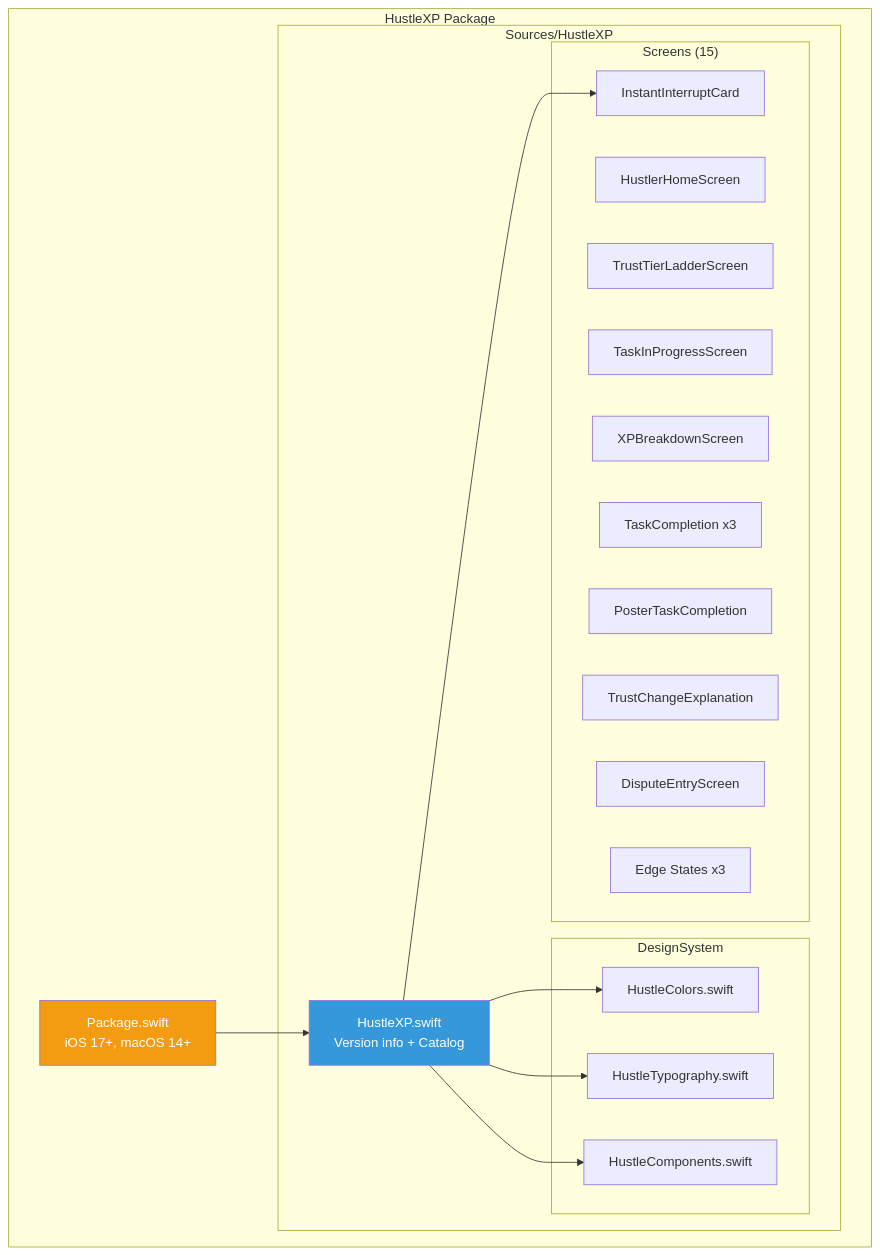
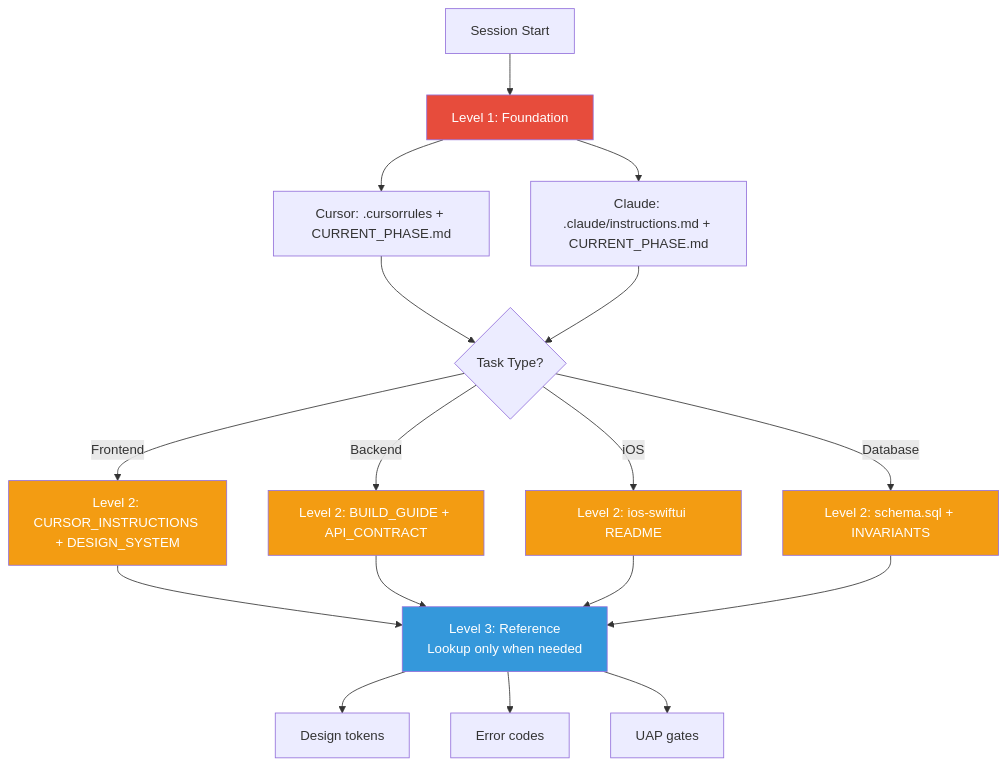
Diagram 11 of 11 in ARCHITECTURE_DIAGRAMS.md (Sebdysart/HUSTLEXP-DOCS), drawn with Mermaid before and after one commit. The commit also changed other lines of this file and 7 other files, not shown here.

````diff
--- a/ARCHITECTURE_DIAGRAMS.md
+++ b/ARCHITECTURE_DIAGRAMS.md
@@ -384,38 +396,31 @@
 ```mermaid
 flowchart TD
-    subgraph "HustleXP Package"
-        PKG[Package.swift<br/>iOS 17+, macOS 14+]
+    START[Session Start] --> L1[Level 1: Foundation]
 
-        subgraph "Sources/HustleXP"
-            MAIN[HustleXP.swift<br/>Version info + Catalog]
+    L1 --> CURSOR_L1[Cursor: .cursorrules + CURRENT_PHASE.md]
+    L1 --> CLAUDE_L1[Claude: .claude/instructions.md + CURRENT_PHASE.md]
 
-            subgraph "DesignSystem"
-                COLORS[HustleColors.swift]
-                TYPO[HustleTypography.swift]
-                COMP[HustleComponents.swift]
-            end
+    CURSOR_L1 --> TASK{Task Type?}
+    CLAUDE_L1 --> TASK
 
-            subgraph "Screens (15)"
-                S1[InstantInterruptCard]
-                S2[HustlerHomeScreen]
-                S3[TrustTierLadderScreen]
-                S4[TaskInProgressScreen]
-                S5[XPBreakdownScreen]
-                S6[TaskCompletion x3]
-                S7[PosterTaskCompletion]
-                S8[TrustChangeExplanation]
-                S9[DisputeEntryScreen]
-                S10[Edge States x3]
-            end
-        end
-    end
+    TASK -->|Frontend| L2_FE[Level 2: CURSOR_INSTRUCTIONS + DESIGN_SYSTEM]
+    TASK -->|Backend| L2_BE[Level 2: BUILD_GUIDE + API_CONTRACT]
+    TASK -->|iOS| L2_IOS[Level 2: ios-swiftui README]
+    TASK -->|Database| L2_DB[Level 2: schema.sql + INVARIANTS]
 
-    PKG --> MAIN
-    MAIN --> COLORS
-    MAIN --> TYPO
-    MAIN --> COMP
-    MAIN --> S1
+    L2_FE --> L3[Level 3: Reference<br/>Lookup only when needed]
+    L2_BE --> L3
+    L2_IOS --> L3
+    L2_DB --> L3
 
-    style PKG fill:#f39c12,color:#fff
-    style MAIN fill:#3498db,color:#fff
+    L3 --> TOKENS[Design tokens]
+    L3 --> ERRORS[Error codes]
+    L3 --> UAP[UAP gates]
+
+    style L1 fill:#e74c3c,color:#fff
+    style L2_FE fill:#f39c12,color:#fff
+    style L2_BE fill:#f39c12,color:#fff
+    style L2_IOS fill:#f39c12,color:#fff
+    style L2_DB fill:#f39c12,color:#fff
+    style L3 fill:#3498db,color:#fff
 ```
````
